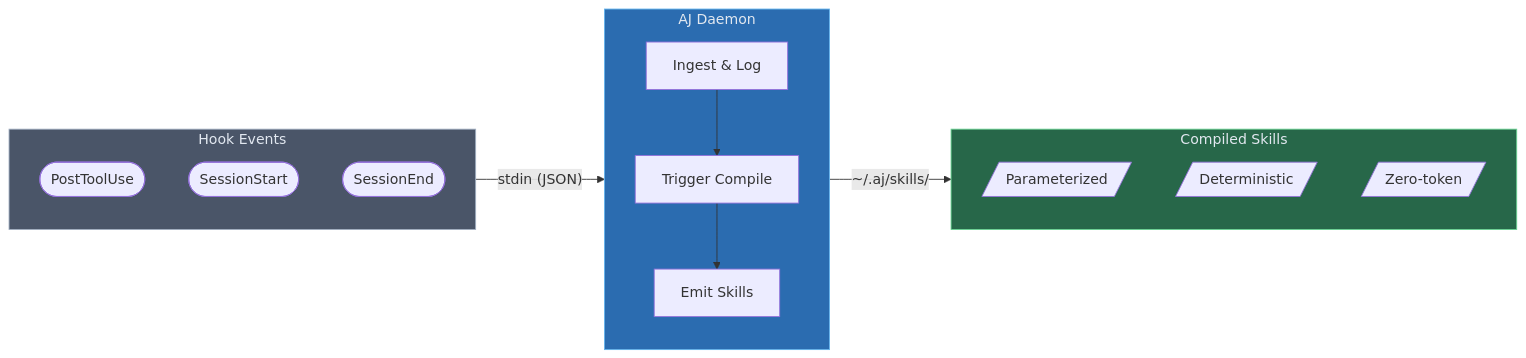
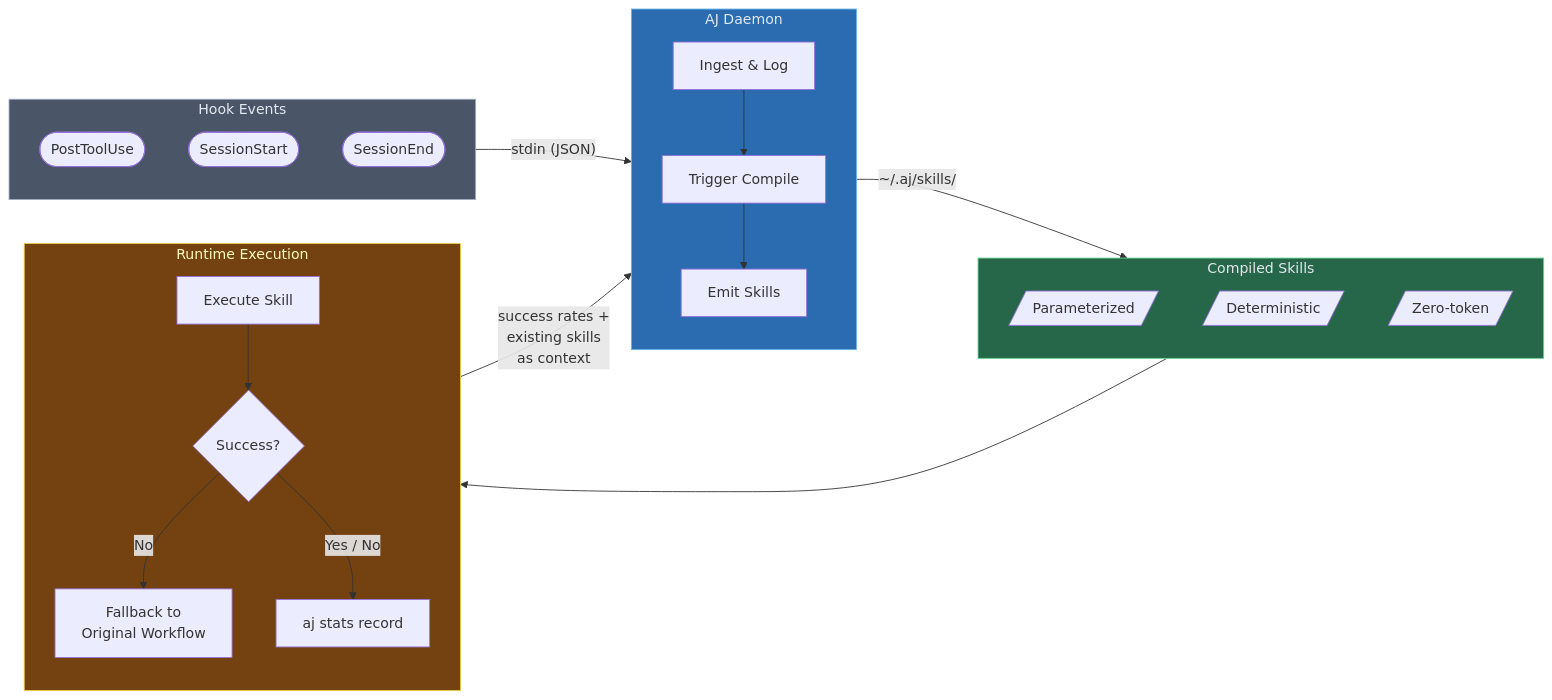
Before and after one commit to agent-jit/AgentJIT: the first of 2 diagrams in README.md, drawn with Mermaid. The commit also changed other lines of this file, not shown here.

Commit message:
docs: add self-improvement loop to architecture diagram (runtime fallback, success auditing, iterative recompilation)

````diff
--- a/README.md
+++ b/README.md
@@ -31,29 +31,43 @@
 ```mermaid
 flowchart LR
     subgraph hooks["Hook Events"]
         H1(["PostToolUse"])
         H2(["SessionStart"])
         H3(["SessionEnd"])
     end
 
     subgraph daemon["AJ Daemon"]
         direction TB
         D1["Ingest & Log"]
         D2["Trigger Compile"]
         D3["Emit Skills"]
         D1 --> D2 --> D3
     end
 
     subgraph skills["Compiled Skills"]
         S1[/"Parameterized"/]
         S2[/"Deterministic"/]
         S3[/"Zero-token"/]
     end
 
+    subgraph runtime["Runtime Execution"]
+        direction TB
+        R1["Execute Skill"]
+        R2{"Success?"}
+        R3["Fallback to\nOriginal Workflow"]
+        R4["aj stats record"]
+        R1 --> R2
+        R2 -- "No" --> R3
+        R2 -- "Yes / No" --> R4
+    end
+
     hooks -- "stdin (JSON)" --> daemon
     daemon -- "~/.aj/skills/" --> skills
+    skills --> runtime
+    runtime -- "success rates +\nexisting skills\nas context" --> daemon
 
     style hooks fill:#4a5568,stroke:#a0aec0,color:#e2e8f0
     style daemon fill:#2b6cb0,stroke:#63b3ed,color:#e2e8f0
     style skills fill:#276749,stroke:#68d391,color:#e2e8f0
+    style runtime fill:#744210,stroke:#ecc94b,color:#fefcbf
 ```
````
